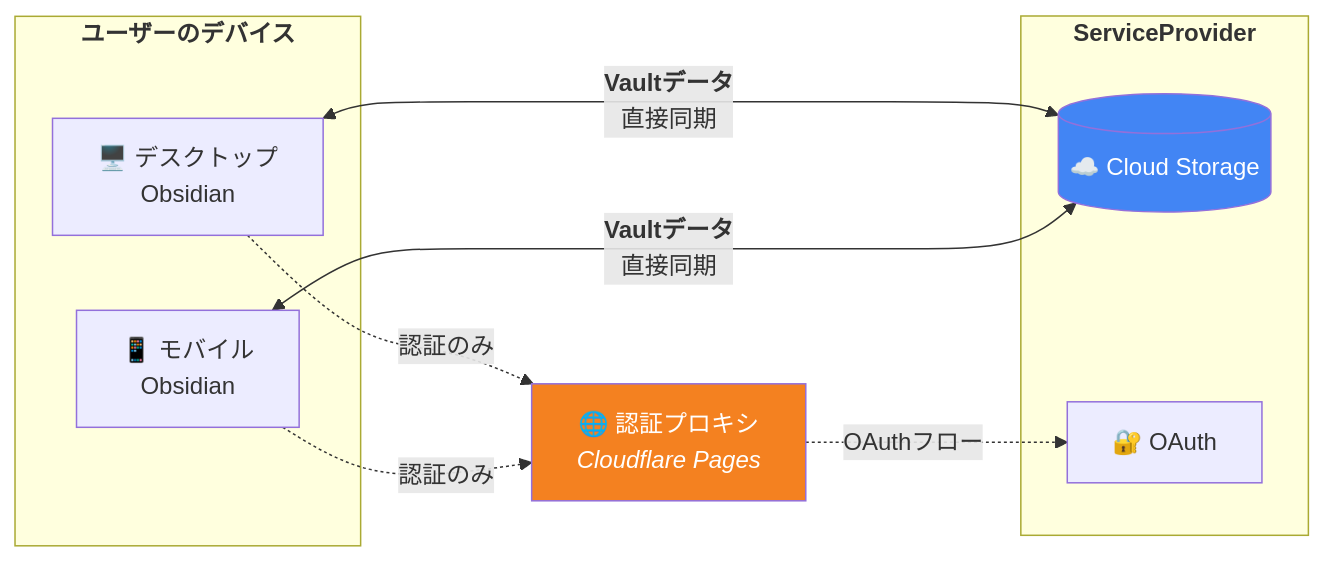
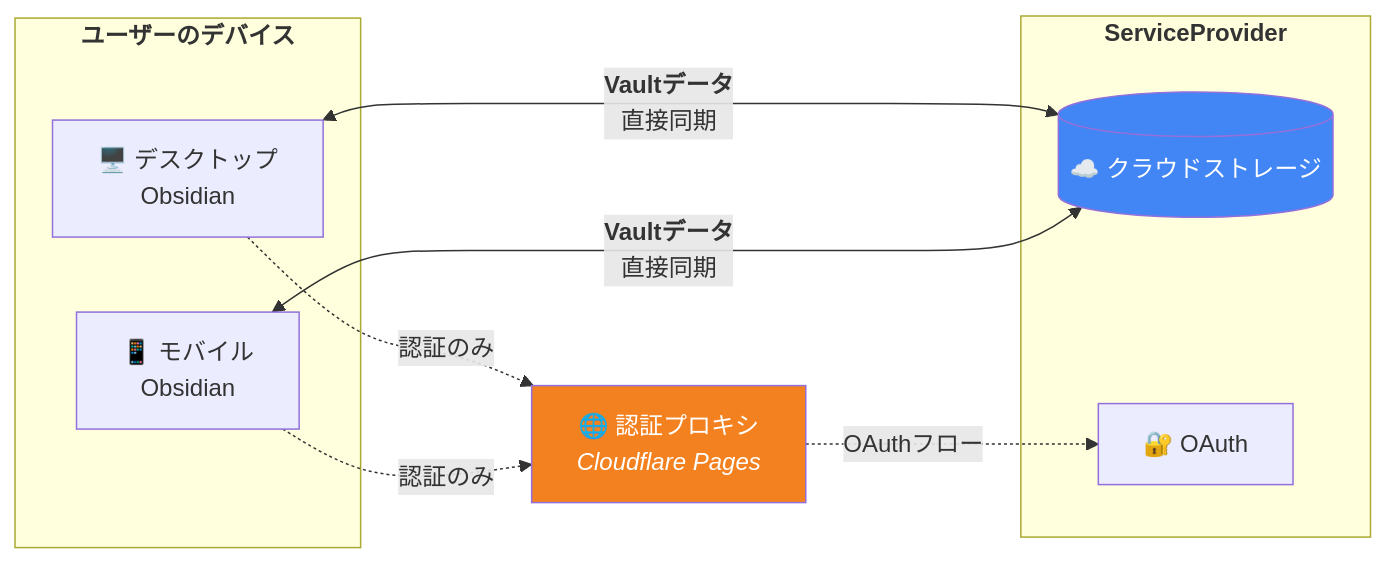
Before and after one commit to c-ardinal/obsidian-vault-sync: the first of 4 diagrams in README_ja.md, drawn with Mermaid. The commit also changed other lines of this file and 3 other files, not shown here.

````diff
--- a/README_ja.md
+++ b/README_ja.md
@@ -27,23 +194,23 @@
 ```mermaid
 graph LR
     subgraph "<b>ユーザーのデバイス</b>"
         A["🖥️ デスクトップ<br/>Obsidian"]
         B["📱 モバイル<br/>Obsidian"]
     end
 
     subgraph "<b>ServiceProvider</b>"
-        C[("☁️ Cloud Storage")]
+        C[("☁️ クラウドストレージ")]
         D["🔐 OAuth"]
     end
 
     E["🌐 認証プロキシ<br/><i>Cloudflare Pages</i>"]
 
     A <--->|"<b>Vaultデータ</b><br/>直接同期"| C
     B <--->|"<b>Vaultデータ</b><br/>直接同期"| C
     A -.->|"認証のみ"| E
     B -.->|"認証のみ"| E
     E -.->|"OAuthフロー"| D
 
     style C fill:#4285F4,color:#fff
     style E fill:#F48120,color:#fff
 ```
````
